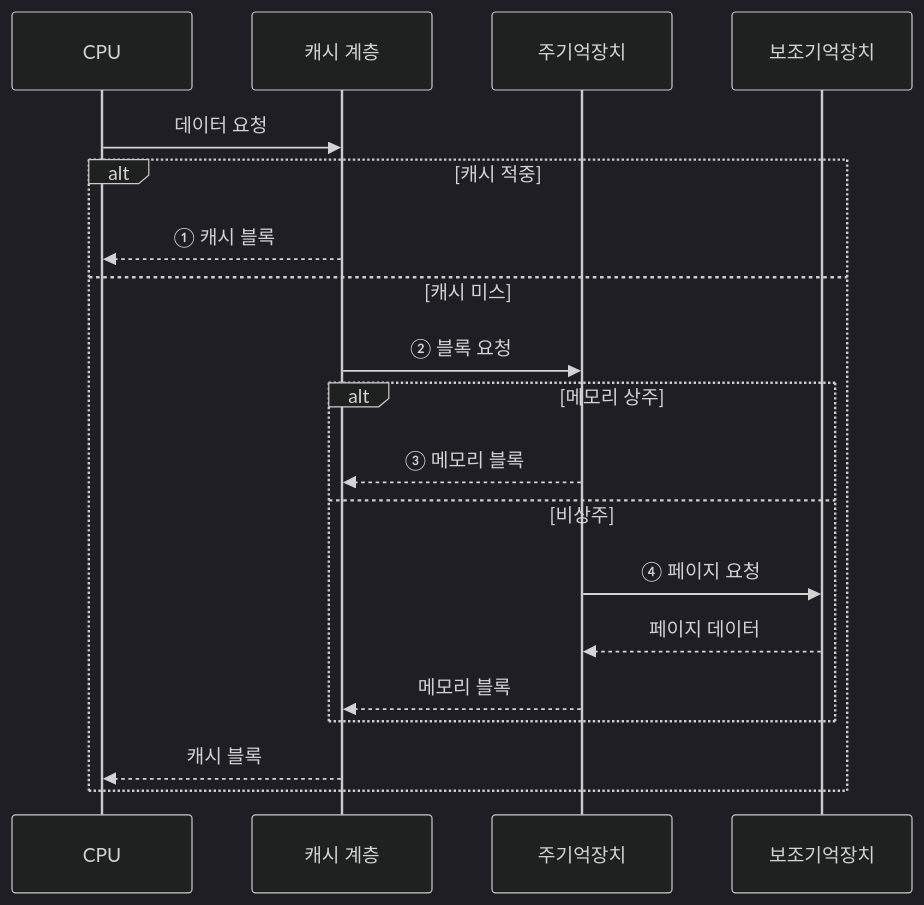
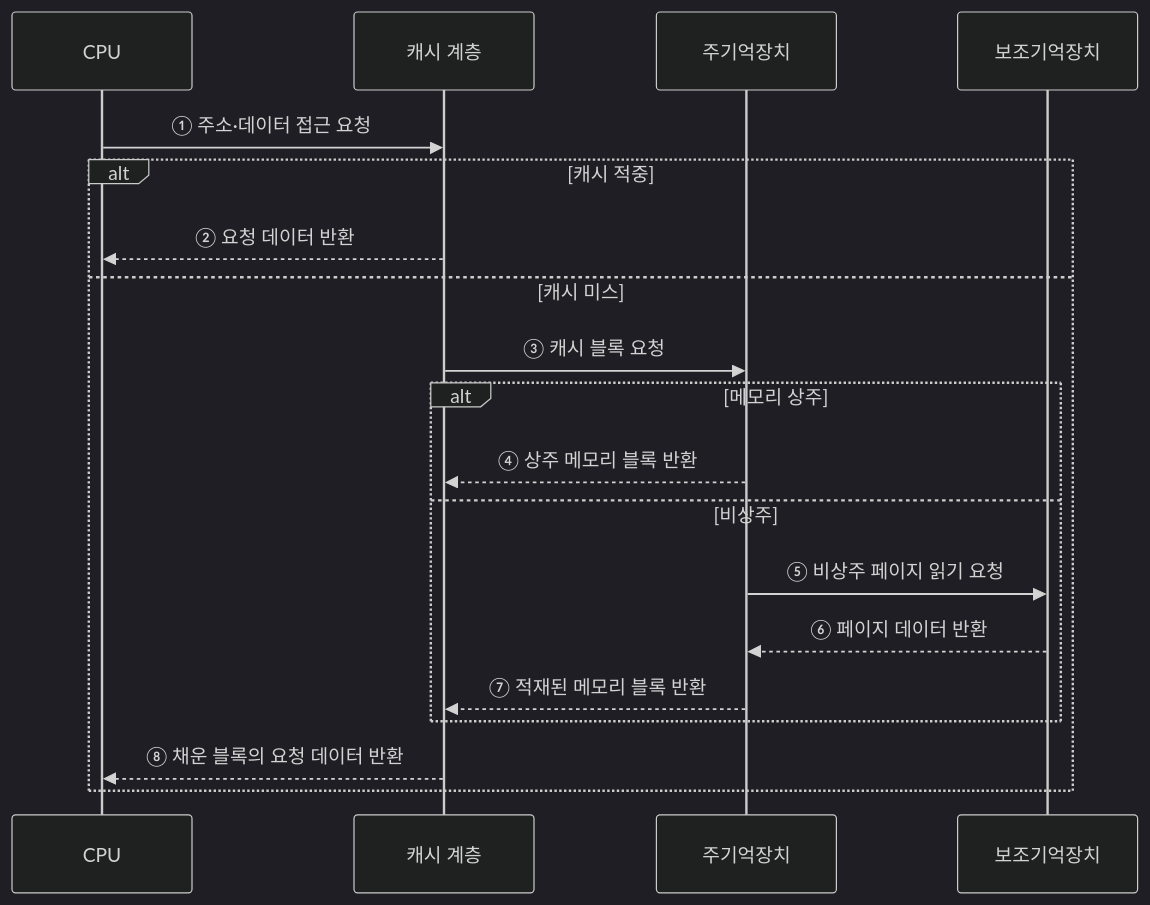
The second of 2 diagrams in src/content/docs/notes/02-hardware/022_memory_hierarchy.md (agnusdei1207/knowledge-base), drawn with Mermaid (dark theme) before and after one commit. The commit also changed other lines of this file and 20 other files, not shown here.

````diff
--- a/src/content/docs/notes/02-hardware/022_memory_hierarchy.md
+++ b/src/content/docs/notes/02-hardware/022_memory_hierarchy.md
@@ -76,21 +82,21 @@
 ```mermaid
 sequenceDiagram
     participant C as CPU
     participant L as 캐시 계층
     participant M as 주기억장치
     participant S as 보조기억장치
-    C->>L: 데이터 요청
+    C->>L: ① 주소·데이터 접근 요청
     alt 캐시 적중
-        L-->>C: ① 캐시 블록
+        L-->>C: ② 요청 데이터 반환
     else 캐시 미스
-        L->>M: ② 블록 요청
+        L->>M: ③ 캐시 블록 요청
         alt 메모리 상주
-            M-->>L: ③ 메모리 블록
+            M-->>L: ④ 상주 메모리 블록 반환
         else 비상주
-            M->>S: ④ 페이지 요청
-            S-->>M: 페이지 데이터
-            M-->>L: 메모리 블록
+            M->>S: ⑤ 비상주 페이지 읽기 요청
+            S-->>M: ⑥ 페이지 데이터 반환
+            M-->>L: ⑦ 적재된 메모리 블록 반환
         end
-        L-->>C: 캐시 블록
+        L-->>C: ⑧ 채운 블록의 요청 데이터 반환
     end
 ```
````
